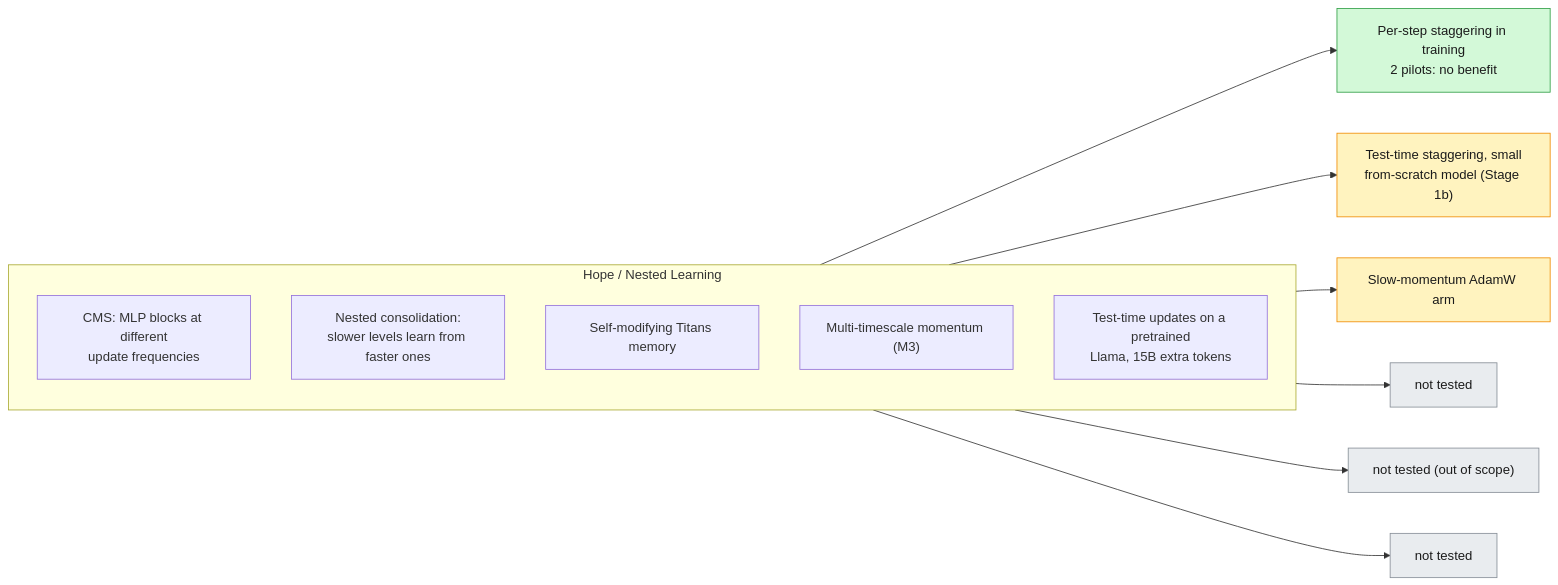
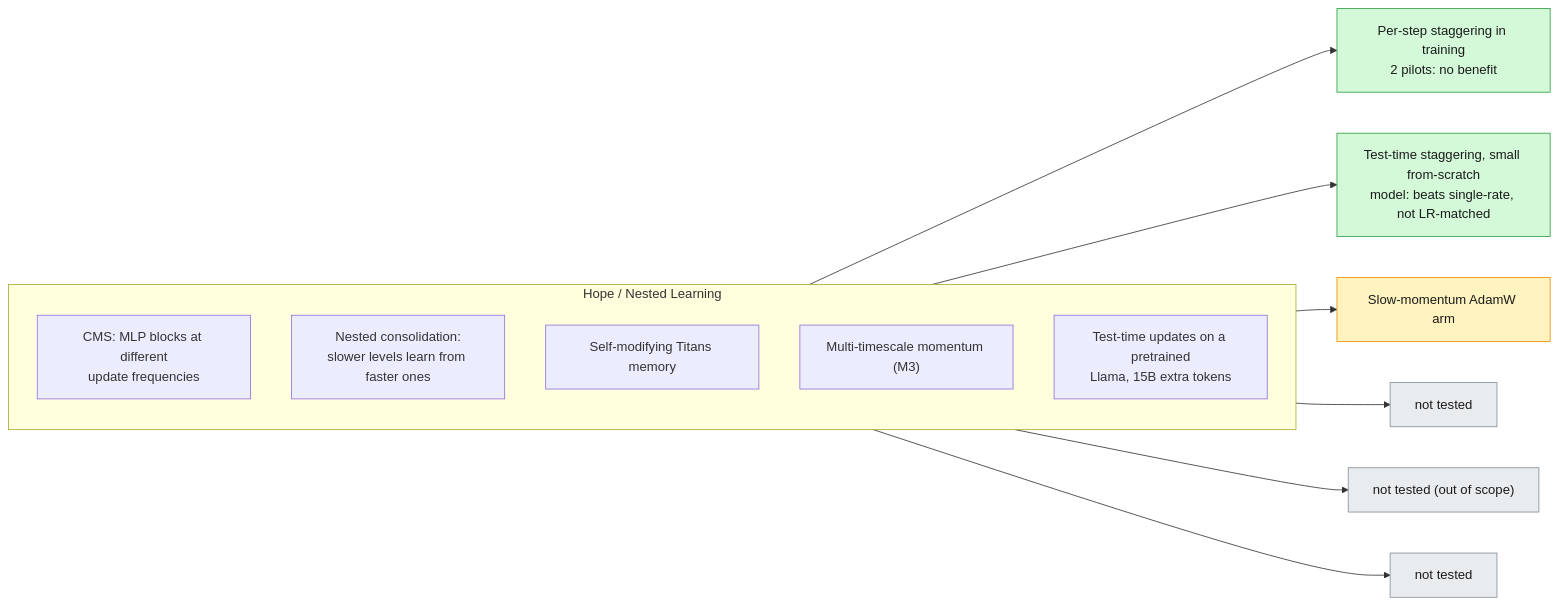
The second of 2 diagrams in README.md (sykeriin/catadye), drawn with Mermaid before and after one commit. The commit also changed other lines of this file, not shown here.

Commit message:
README: Stage 1b section, updated result box, coverage map and status

````diff
--- a/README.md
+++ b/README.md
@@ -87,23 +113,23 @@
 ```mermaid
 flowchart LR
     subgraph HOPE["Hope / Nested Learning"]
         direction TB
         C1["CMS: MLP blocks at different<br/>update frequencies"]
         C2["Nested consolidation:<br/>slower levels learn from faster ones"]
         C3["Self-modifying Titans memory"]
         C4["Multi-timescale momentum (M3)"]
         C5["Test-time updates on a pretrained<br/>Llama, 15B extra tokens"]
     end
     C1 --> T1["Per-step staggering in training<br/>2 pilots: no benefit"]
-    C1 --> T2["Test-time staggering, small<br/>from-scratch model (Stage 1b)"]
+    C1 --> T2["Test-time staggering, small from-scratch<br/>model: beats single-rate, not LR-matched"]
     C4 --> T3["Slow-momentum AdamW arm"]
     C2 --> N1["not tested"]
     C3 --> N2["not tested (out of scope)"]
     C5 --> N3["not tested"]
     classDef done fill:#d3f9d8,stroke:#2f9e44,color:#1b1b1b
     classDef plan fill:#fff3bf,stroke:#f08c00,color:#1b1b1b
     classDef none fill:#e9ecef,stroke:#868e96,color:#1b1b1b
-    class T1 done
-    class T2,T3 plan
+    class T1,T2 done
+    class T3 plan
     class N1,N2,N3 none
 ```
````
